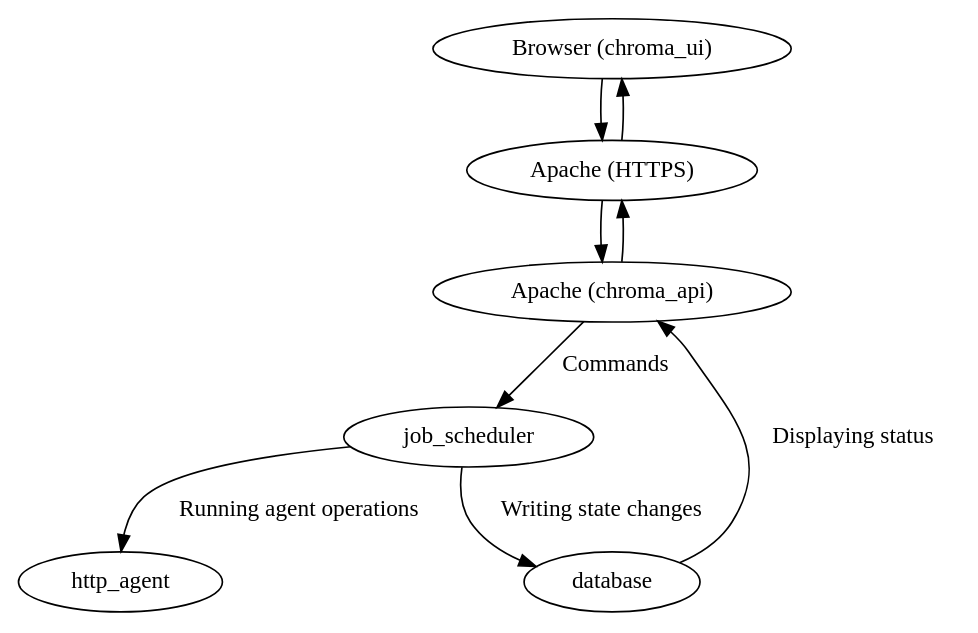
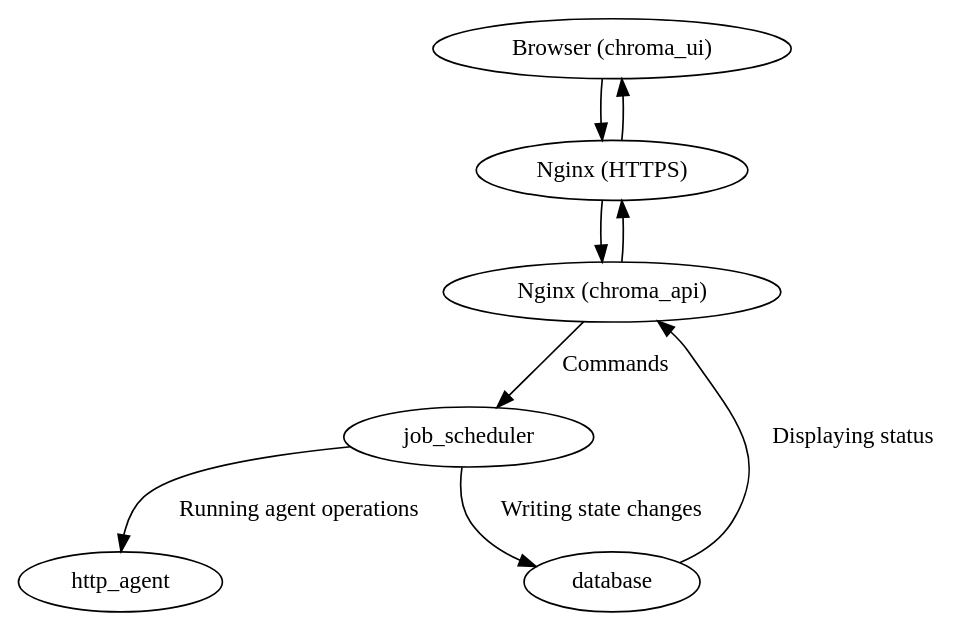
Before and after one commit to whamcloud/integrated-manager-for-lustre: the fourth of 5 diagrams in chroma-manager/docs/internals/manager/dataflow.rst, drawn with Graphviz. The commit also changed other lines of this file and 43 other files, not shown here.

First line of the commit message:
HYD-4266 Replace Apache with Nginx

```diff
--- a/chroma-manager/docs/internals/manager/dataflow.rst
+++ b/chroma-manager/docs/internals/manager/dataflow.rst
@@ -75,10 +75,10 @@
 .. graphviz::
-    
+
     digraph api_dataflow {
-            "Browser (chroma_ui)" -> "Apache (HTTPS)" -> "Apache (chroma_api)"
-            "Apache (chroma_api)" -> "Apache (HTTPS)" -> "Browser (chroma_ui)"
-            "Apache (chroma_api)" -> job_scheduler [label="Commands"]
+            "Browser (chroma_ui)" -> "Nginx (HTTPS)" -> "Nginx (chroma_api)"
+            "Nginx (chroma_api)" -> "Nginx (HTTPS)" -> "Browser (chroma_ui)"
+            "Nginx (chroma_api)" -> job_scheduler [label="Commands"]
             job_scheduler -> database [label="Writing state changes"]
             job_scheduler -> http_agent [label="Running agent operations"]
-            database -> "Apache (chroma_api)" [label="Displaying status"]
+            database -> "Nginx (chroma_api)" [label="Displaying status"]
     }
```
